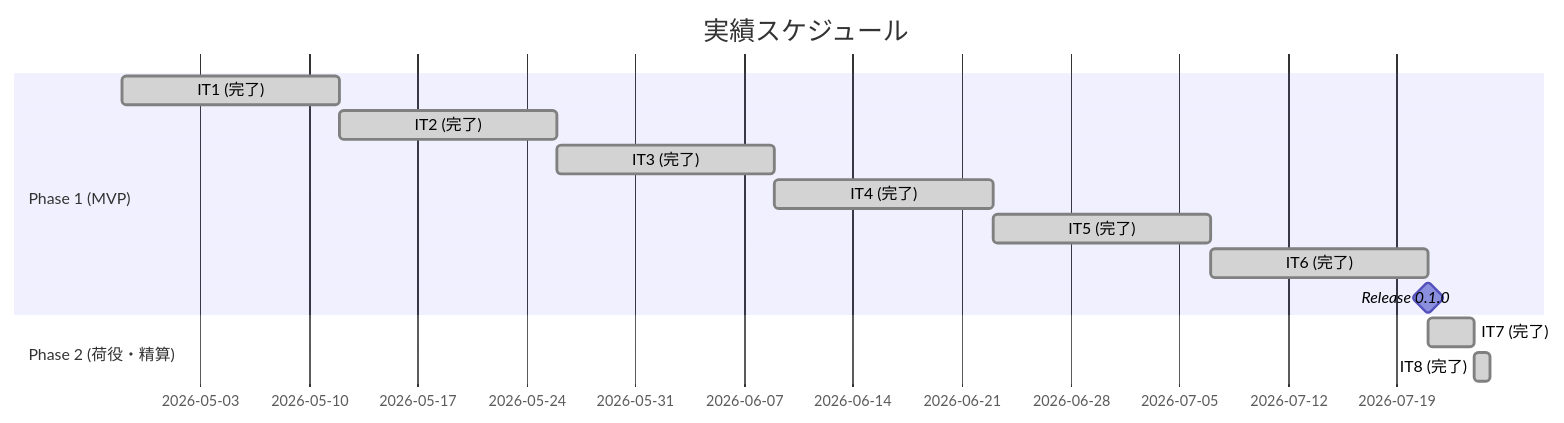
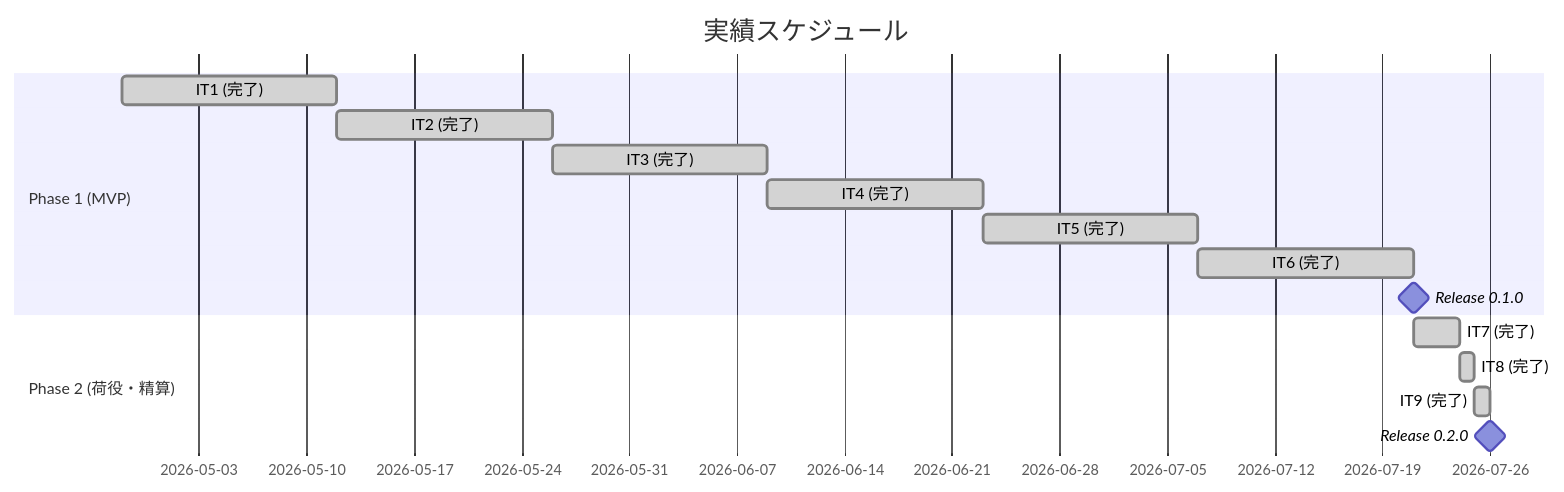
Before and after one commit to k2works/case-study-cargo-tracker: the second of 3 diagrams in docs/development/release_plan.md, drawn with Mermaid. The commit also changed other lines of this file and 2 other files, not shown here.

Commit message:
docs(it9): IT9 完了報告書を作成・release_plan / index を更新する

````diff
--- a/docs/development/release_plan.md
+++ b/docs/development/release_plan.md
@@ -177,16 +177,18 @@
 ```mermaid
 gantt
     title 実績スケジュール
     dateFormat  YYYY-MM-DD
     section Phase 1 (MVP)
     IT1 (完了)                    :done, a1, 2026-04-28, 14d
     IT2 (完了)                    :done, a2, after a1, 14d
     IT3 (完了)                    :done, a3, after a2, 14d
     IT4 (完了)                    :done, a4, after a3, 14d
     IT5 (完了)                    :done, a5, after a4, 14d
     IT6 (完了)                    :done, a6, after a5, 14d
     Release 0.1.0                 :milestone, ma1, after a6, 0d
     section Phase 2 (荷役・精算)
     IT7 (完了)                    :done, a7, after a6, 3d
     IT8 (完了)                    :done, a8, after a7, 1d
+    IT9 (完了)                    :done, a9, after a8, 1d
+    Release 0.2.0                 :milestone, ma2, after a9, 0d
 ```
````
